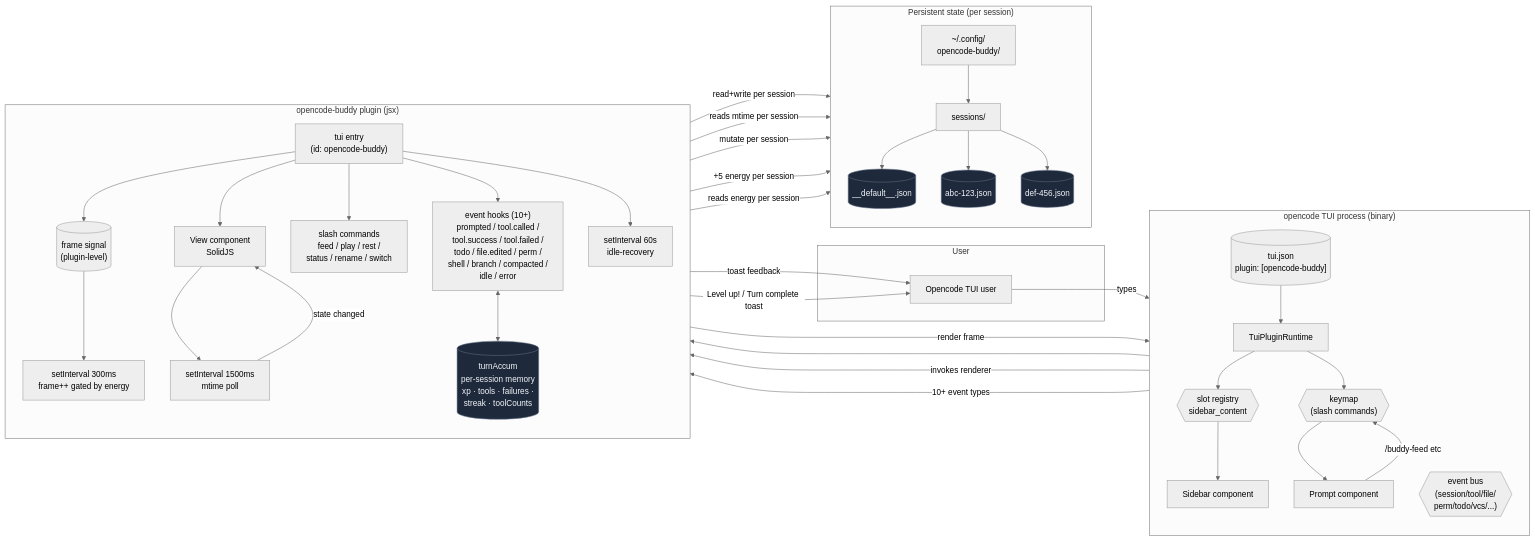
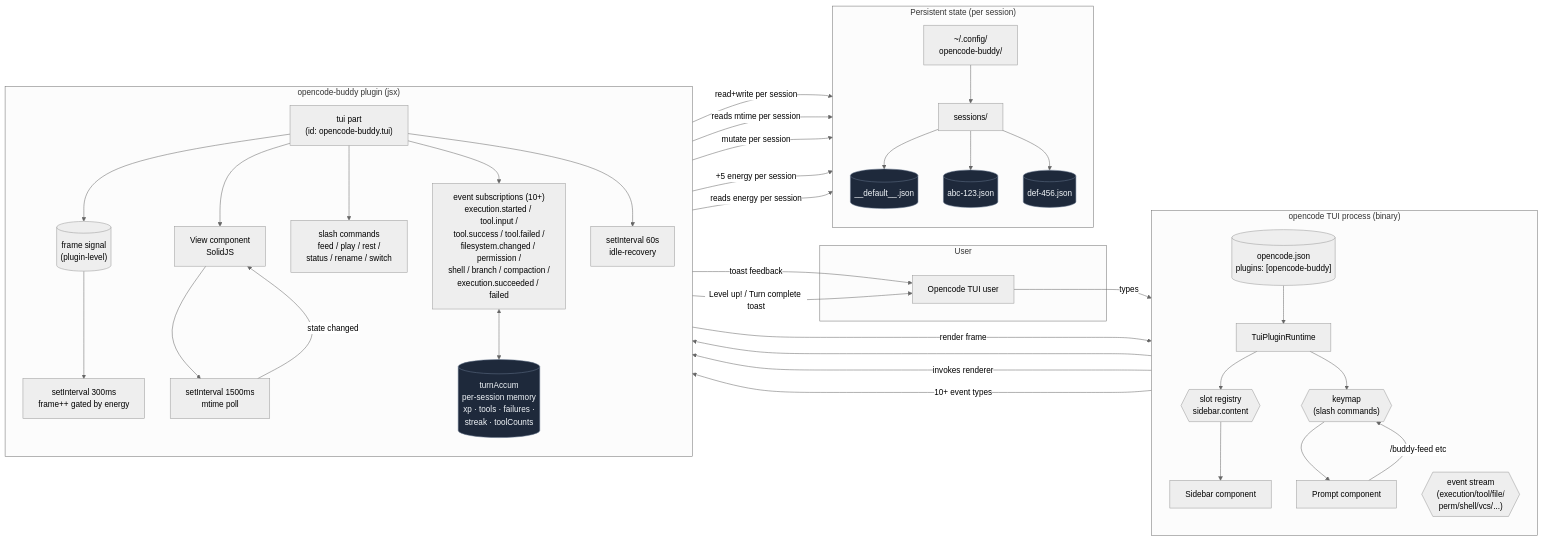
The diagram in README.md (atlasmarkz/opencode-buddy), drawn with Mermaid (neutral theme) before and after one commit. The commit also changed other lines of this file and 6 other files, not shown here.

````diff
--- a/README.md
+++ b/README.md
@@ -177,78 +169,78 @@
 ```mermaid
 flowchart LR
     subgraph User
         U[Opencode TUI user]
     end
 
     subgraph OpencodeTUI["opencode TUI process (binary)"]
         direction TB
-        Config[("tui.json<br/>plugin: [opencode-buddy]")]
+        Config[("opencode.json<br/>plugins: [opencode-buddy]")]
         Runtime[TuiPluginRuntime]
         Sidebar[Sidebar component]
         Prompt[Prompt component]
-        Slots{{"slot registry<br/>sidebar_content"}}
+        Slots{{"slot registry<br/>sidebar.content"}}
         Keymap{{"keymap<br/>(slash commands)"}}
-        Bus{{"event bus<br/>(session/tool/file/<br/>perm/todo/vcs/...)"}}
+        Bus{{"event stream<br/>(execution/tool/file/<br/>perm/shell/vcs/...)"}}
 
         Config --> Runtime
         Runtime --> Slots
         Runtime --> Keymap
         Slots --> Sidebar
         Keymap --> Prompt
     end
 
     subgraph Buddy["opencode-buddy plugin (jsx)"]
         direction TB
-        TUIEntry["tui entry<br/>(id: opencode-buddy)"]
+        TUIEntry["tui part<br/>(id: opencode-buddy.tui)"]
         View[View component<br/>SolidJS]
         FrameSignal[("frame signal<br/>(plugin-level)")]
         AnimTick[setInterval 300ms<br/>frame++ gated by energy]
         RefreshTick[setInterval 1500ms<br/>mtime poll]
         IdleTimer[setInterval 60s<br/>idle-recovery]
-        Hooks["event hooks (10+)<br/>prompted / tool.called /<br/>tool.success / tool.failed /<br/>todo / file.edited / perm /<br/>shell / branch / compacted /<br/>idle / error"]
+        Hooks["event subscriptions (10+)<br/>execution.started / tool.input /<br/>tool.success / tool.failed /<br/>filesystem.changed / permission /<br/>shell / branch / compaction /<br/>execution.succeeded / failed"]
         TurnAccum[("turnAccum<br/>per-session memory<br/>xp · tools · failures ·<br/>streak · toolCounts")]
         SlashCmds["slash commands<br/>feed / play / rest /<br/>status / rename / switch"]
 
         TUIEntry --> FrameSignal
         TUIEntry --> View
         TUIEntry --> SlashCmds
         TUIEntry --> Hooks
         TUIEntry --> IdleTimer
         FrameSignal --> AnimTick
         View --> RefreshTick
         Hooks <--> TurnAccum
     end
 
     subgraph State["Persistent state (per session)"]
         direction TB
         StateRoot["~/.config/<br/>opencode-buddy/"]
         SessionsDir["sessions/"]
         Default[("__default__.json")]
         Sess1[("abc-123.json")]
         Sess2[("def-456.json")]
 
         StateRoot --> SessionsDir
         SessionsDir --> Default
         SessionsDir --> Sess1
         SessionsDir --> Sess2
     end
 
     U -->|types| Prompt
     Prompt -->|/buddy-feed etc| Keymap
     Keymap --> SlashCmds
     SlashCmds -->|"read+write per session"| SessionsDir
     SlashCmds -->|toast feedback| U
 
     Slots -->|invokes renderer| View
     View -->|render frame| Sidebar
     View -->|"reads mtime per session"| SessionsDir
     RefreshTick -->|state changed| View
     Bus -->|10+ event types| Hooks
     Hooks -->|"mutate per session"| SessionsDir
     Hooks -->|Level up! / Turn complete toast| U
     IdleTimer -->|"+5 energy per session"| SessionsDir
     AnimTick -->|"reads energy per session"| SessionsDir
 
     classDef store fill:#1e293b,stroke:#64748b,color:#f1f5f9
     class Default,Sess1,Sess2,TurnAccum store
 ```
````
